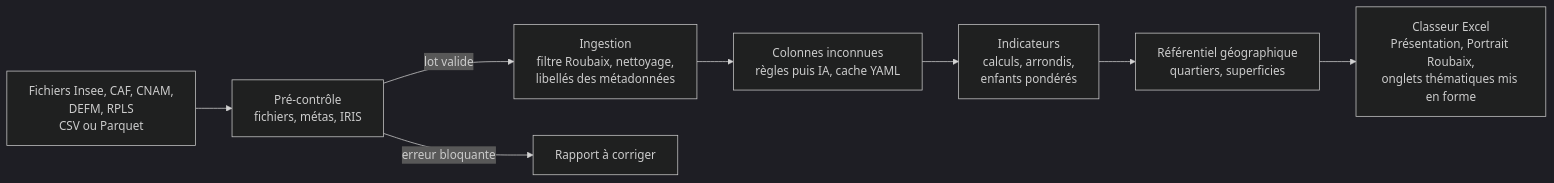
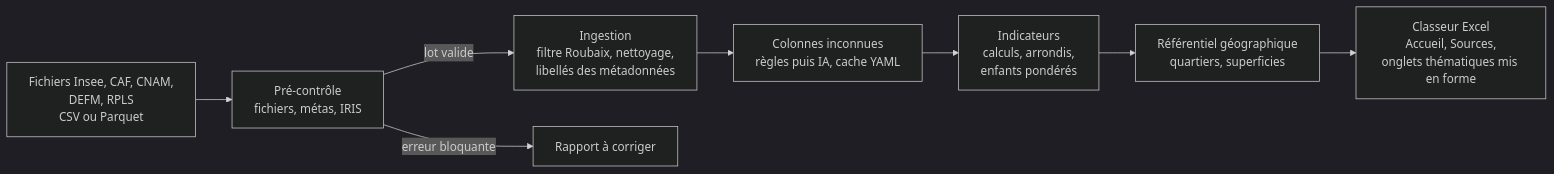
One commit to Twweetyy/ApplicationMAJ changed the diagram in README.md. Above: the diagram before and after it, drawn with Mermaid (dark theme). The commit also changed other lines of this file and 6 other files, not shown here.

First line of the commit message:
Classeur : onglet Accueil (chiffres clés) en premier, puis Sources avec le détail des calculs

````diff
--- a/README.md
+++ b/README.md
@@ -58,10 +58,10 @@
 ```mermaid
 flowchart LR
     A[Fichiers Insee, CAF, CNAM,<br/>DEFM, RPLS<br/>CSV ou Parquet] --> B[Pré-contrôle<br/>fichiers, métas, IRIS]
     B -->|lot valide| C[Ingestion<br/>filtre Roubaix, nettoyage,<br/>libellés des métadonnées]
     C --> D[Colonnes inconnues<br/>règles puis IA, cache YAML]
     D --> E[Indicateurs<br/>calculs, arrondis,<br/>enfants pondérés]
     E --> F[Référentiel géographique<br/>quartiers, superficies]
-    F --> G[Classeur Excel<br/>Présentation, Portrait Roubaix,<br/>onglets thématiques mis en forme]
+    F --> G[Classeur Excel<br/>Accueil, Sources,<br/>onglets thématiques mis en forme]
     B -->|erreur bloquante| H[Rapport à corriger]
 ```
````
